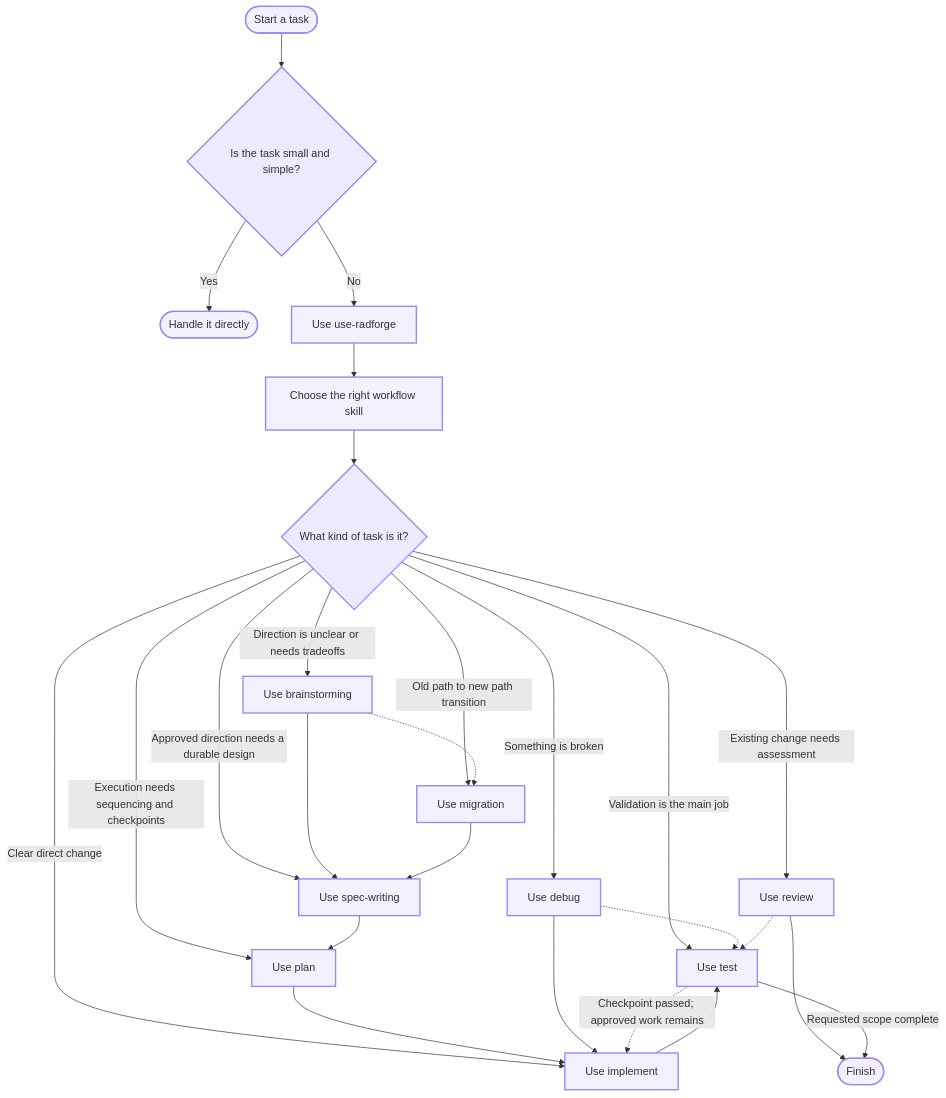
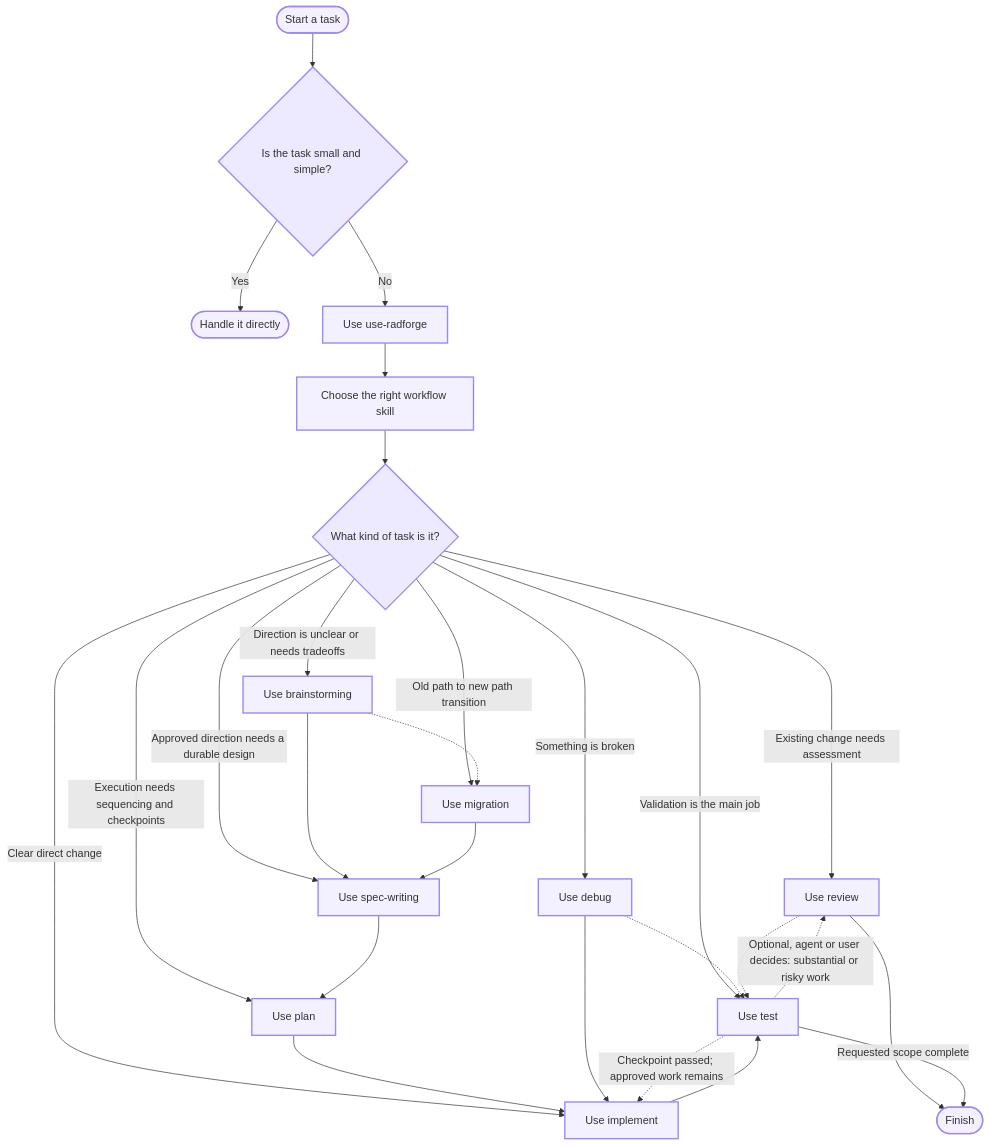
Before and after one commit to tangthiendat/radforge: the diagram in docs/radforge-high-level-orchestration.md, drawn with Mermaid. The commit also changed 25 other files, not shown here.

````diff
--- a/docs/radforge-high-level-orchestration.md
+++ b/docs/radforge-high-level-orchestration.md
@@ -7,41 +7,42 @@
 ```mermaid
 flowchart TD
     A([Start a task]) --> B{Is the task small and simple?}
 
     B -- Yes --> C([Handle it directly])
     B -- No --> D[Use use-radforge]
 
     D --> E[Choose the right workflow skill]
     E --> F{What kind of task is it?}
 
     F -->|Existing change needs assessment| R[Use review]
     F -->|Validation is the main job| T[Use test]
     F -->|Clear direct change| I[Use implement]
     F -->|Execution needs sequencing and checkpoints| P[Use plan]
     F -->|Approved direction needs a durable design| S[Use spec-writing]
     F -->|Direction is unclear or needs tradeoffs| BRAIN[Use brainstorming]
     F -->|Old path to new path transition| M[Use migration]
     F -->|Something is broken| DBUG[Use debug]
 
     BRAIN -.-> M
     BRAIN --> S
     M --> S
     S --> P
     P --> I
     DBUG --> I
     DBUG -.-> T
     I --> T
 
     R -.-> T
     R --> Z([Finish])
     T -.->|Checkpoint passed; approved work remains| I
     T -->|Requested scope complete| Z
+    T -.->|Optional, agent or user decides: substantial or risky work| R
 
     classDef start fill:#f5f0ff,stroke:#9b87f5,stroke-width:2px,color:#333;
     classDef decision fill:#ede9fe,stroke:#9b87f5,stroke-width:2px,color:#333;
     classDef action fill:#f3f0ff,stroke:#9b87f5,stroke-width:2px,color:#333;
 
     class A,Z,C start;
     class B,F decision;
     class D,E,R,T,I,P,S,BRAIN,M,DBUG action;
 ```
````
